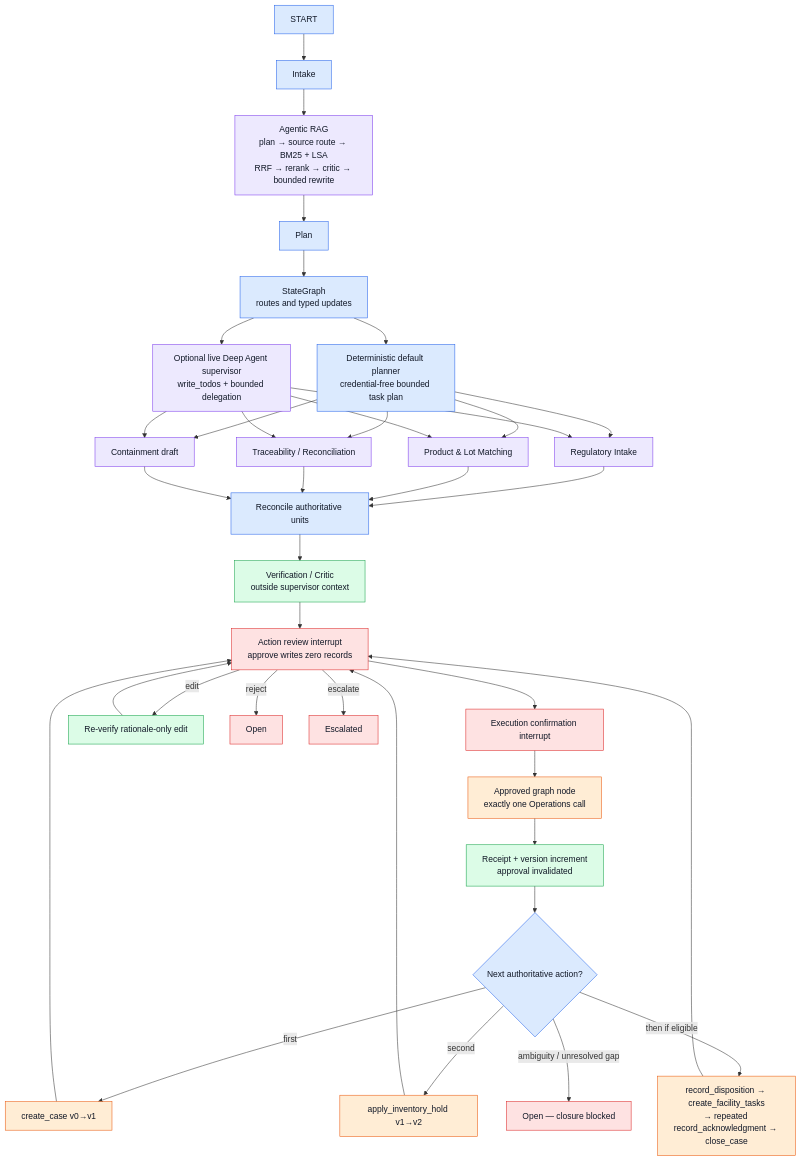
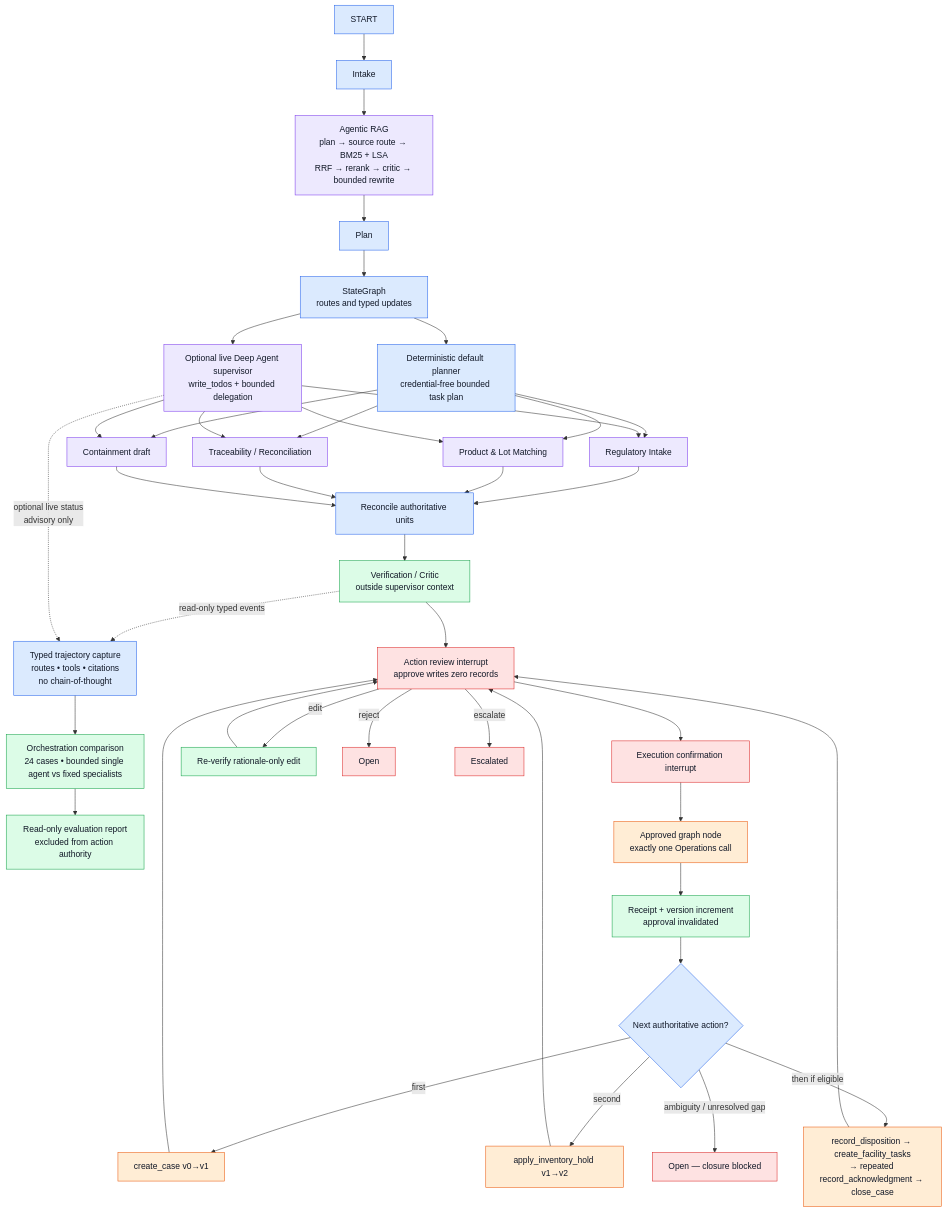
One commit to nagarjunakanamarlapudi/reacall-agents changed the diagram in docs/images/03_orchestration.mmd. Above: the diagram before and after it, drawn with Mermaid. The commit also changed 9 other files, not shown here.

Commit message:
docs: diagram the evaluation architecture

```diff
--- a/docs/images/03_orchestration.mmd
+++ b/docs/images/03_orchestration.mmd
@@ -1,39 +1,43 @@
 flowchart TB
   classDef statefill fill:#dbeafe,stroke:#2563eb,color:#111827
   classDef agent fill:#ede9fe,stroke:#7c3aed,color:#111827
   classDef verify fill:#dcfce7,stroke:#16a34a,color:#111827
   classDef human fill:#fee2e2,stroke:#dc2626,color:#111827
   classDef action fill:#ffedd5,stroke:#ea580c,color:#111827
 
   START["START"]:::statefill --> I["Intake"]:::statefill --> RAG["Agentic RAG<br/>plan → source route → BM25 + LSA<br/>RRF → rerank → critic → bounded rewrite"]:::agent --> P["Plan"]:::statefill --> SG["StateGraph<br/>routes and typed updates"]:::statefill
 
   SG --> DS["Deterministic default planner<br/>credential-free bounded task plan"]:::statefill
   SG --> DA["Optional live Deep Agent supervisor<br/>write_todos + bounded delegation"]:::agent
   DS --> RI["Regulatory Intake"]:::agent
   DS --> PM["Product & Lot Matching"]:::agent
   DS --> TR["Traceability / Reconciliation"]:::agent
   DS --> CO["Containment draft"]:::agent
   DA --> RI
   DA --> PM
   DA --> TR
   DA --> CO
   RI --> REC["Reconcile authoritative units"]:::statefill
   PM --> REC
   TR --> REC
   CO --> REC
   REC --> VC["Verification / Critic<br/>outside supervisor context"]:::verify
+  VC -. read-only typed events .-> TC["Typed trajectory capture<br/>routes • tools • citations<br/>no chain-of-thought"]:::statefill
+  DA -. optional live status<br/>advisory only .-> TC
+  TC --> OE["Orchestration comparison<br/>24 cases • bounded single agent vs fixed specialists"]:::verify
+  OE --> ER["Read-only evaluation report<br/>excluded from action authority"]:::verify
   VC --> AR["Action review interrupt<br/>approve writes zero records"]:::human
   AR --> EC["Execution confirmation interrupt"]:::human
   EC --> W["Approved graph node<br/>exactly one Operations call"]:::action
   W --> RCPT["Receipt + version increment<br/>approval invalidated"]:::verify
   RCPT --> NEXT{"Next authoritative action?"}:::statefill
   NEXT -->|first| C1["create_case v0→v1"]:::action
   NEXT -->|second| C2["apply_inventory_hold v1→v2"]:::action
   NEXT -->|then if eligible| LATER["record_disposition → create_facility_tasks<br/>→ repeated record_acknowledgment → close_case"]:::action
   C1 --> AR
   C2 --> AR
   LATER --> AR
   NEXT -->|ambiguity / unresolved gap| BLOCK["Open — closure blocked"]:::human
   AR -->|edit| REVERIFY["Re-verify rationale-only edit"]:::verify --> AR
   AR -->|reject| OPEN["Open"]:::human
   AR -->|escalate| ESC["Escalated"]:::human
```
